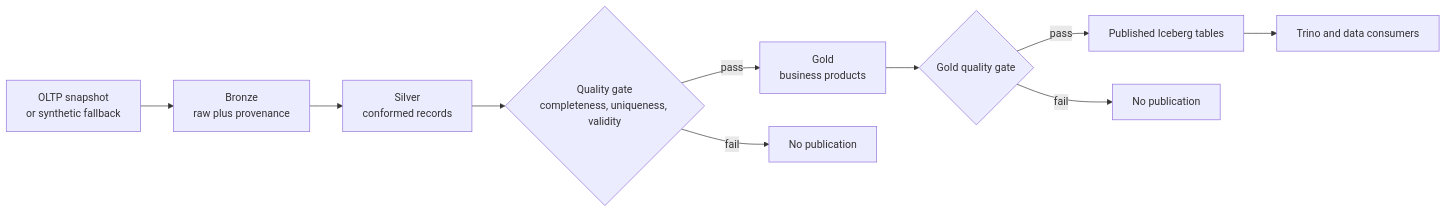
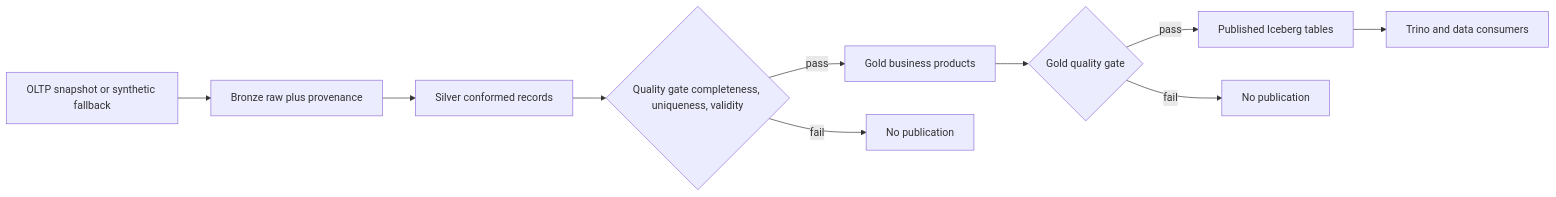
Before and after one commit to sergio11/cloud_native_data_architecture_poc: the third of 9 diagrams in README.md, drawn with Mermaid. The commit also changed other lines of this file, not shown here.

Commit message:
docs(readme): align title and harden Mermaid diagrams

````diff
--- a/README.md
+++ b/README.md
@@ -184,12 +186,12 @@
 ```mermaid
-flowchart LR
-    SRC["OLTP snapshot<br/>or synthetic fallback"] --> B["Bronze<br/>raw plus provenance"]
-    B --> S["Silver<br/>conformed records"]
-    S --> QG1{"Quality gate<br/>completeness, uniqueness, validity"}
-    QG1 -->|pass| G["Gold<br/>business products"]
+graph LR
+    SRC["OLTP snapshot or synthetic fallback"] --> B["Bronze raw plus provenance"]
+    B --> S["Silver conformed records"]
+    S --> QG1{"Quality gate completeness, uniqueness, validity"}
+    QG1 -->|pass| G["Gold business products"]
     QG1 -->|fail| X1["No publication"]
     G --> QG2{"Gold quality gate"}
     QG2 -->|pass| P["Published Iceberg tables"]
     QG2 -->|fail| X2["No publication"]
     P --> T["Trino and data consumers"]
 ```
````
